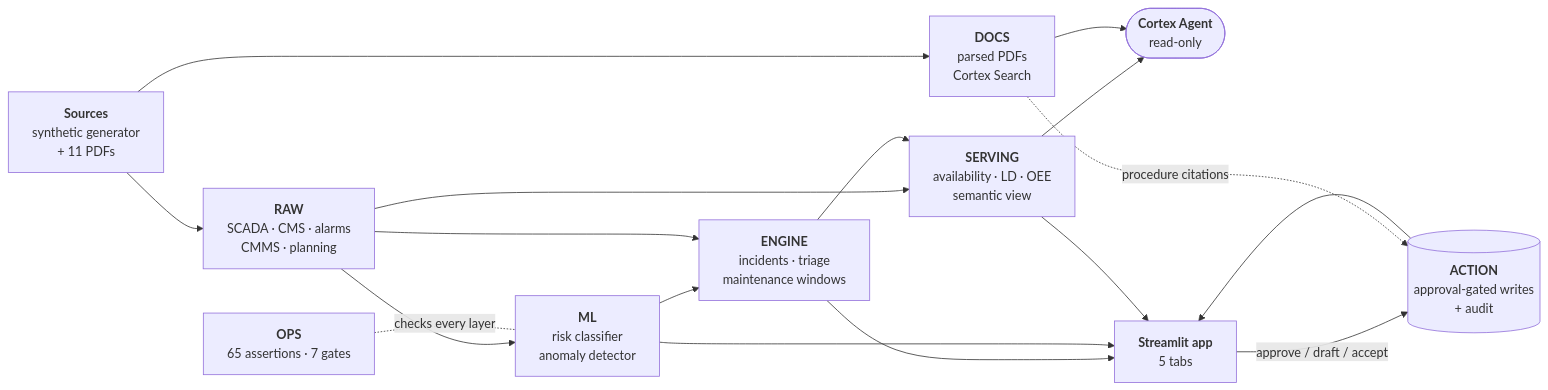
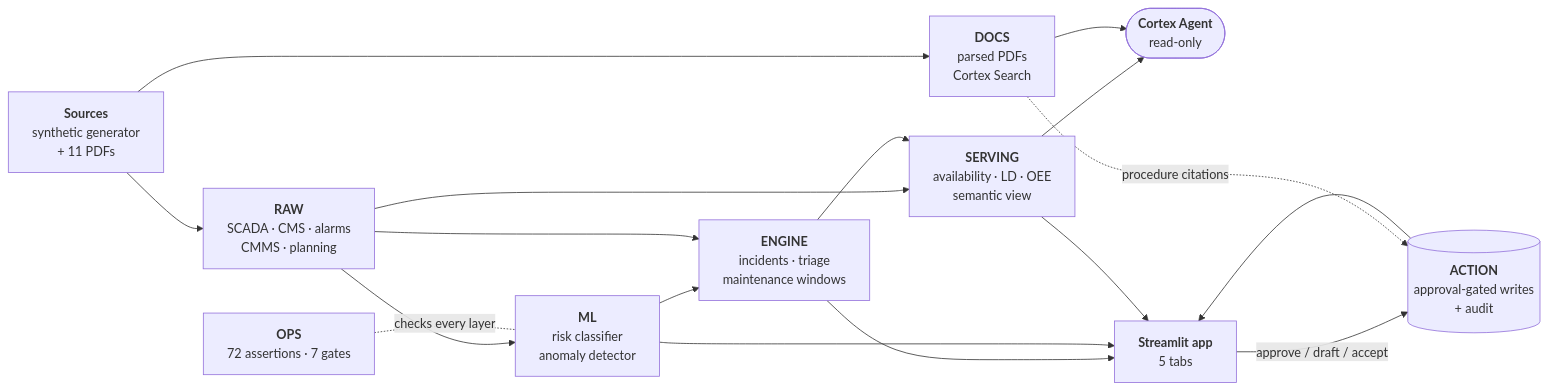
Before and after one commit to winds-of-change-blr/wind-ops-ai: the first of 3 diagrams in docs/03-architecture/dataflow-as-built.md, drawn with Mermaid. The commit also changed other lines of this file and 3 other files, not shown here.

````diff
--- a/docs/03-architecture/dataflow-as-built.md
+++ b/docs/03-architecture/dataflow-as-built.md
@@ -16,28 +16,28 @@
 ```mermaid
 flowchart LR
     SRC["<b>Sources</b><br/>synthetic generator<br/>+ 11 PDFs"]
     RAW["<b>RAW</b><br/>SCADA · CMS · alarms<br/>CMMS · planning"]
     ML["<b>ML</b><br/>risk classifier<br/>anomaly detector"]
     ENG["<b>ENGINE</b><br/>incidents · triage<br/>maintenance windows"]
     SRV["<b>SERVING</b><br/>availability · LD · OEE<br/>semantic view"]
     DOC["<b>DOCS</b><br/>parsed PDFs<br/>Cortex Search"]
     AG(["<b>Cortex Agent</b><br/>read-only"])
     APP["<b>Streamlit app</b><br/>5 tabs"]
     ACT[("<b>ACTION</b><br/>approval-gated writes<br/>+ audit")]
-    OPS["<b>OPS</b><br/>65 assertions · 7 gates"]
+    OPS["<b>OPS</b><br/>72 assertions · 7 gates"]
 
     SRC --> RAW --> ML --> ENG
     RAW --> ENG
     RAW --> SRV
     ENG --> SRV
     SRC --> DOC
     SRV --> AG
     DOC --> AG
     ENG --> APP
     ML --> APP
     SRV --> APP
     APP -- "approve / draft / accept" --> ACT
     ACT --> APP
     DOC -. "procedure citations" .-> ACT
     OPS -. "checks every layer" .- ML
 ```
````
